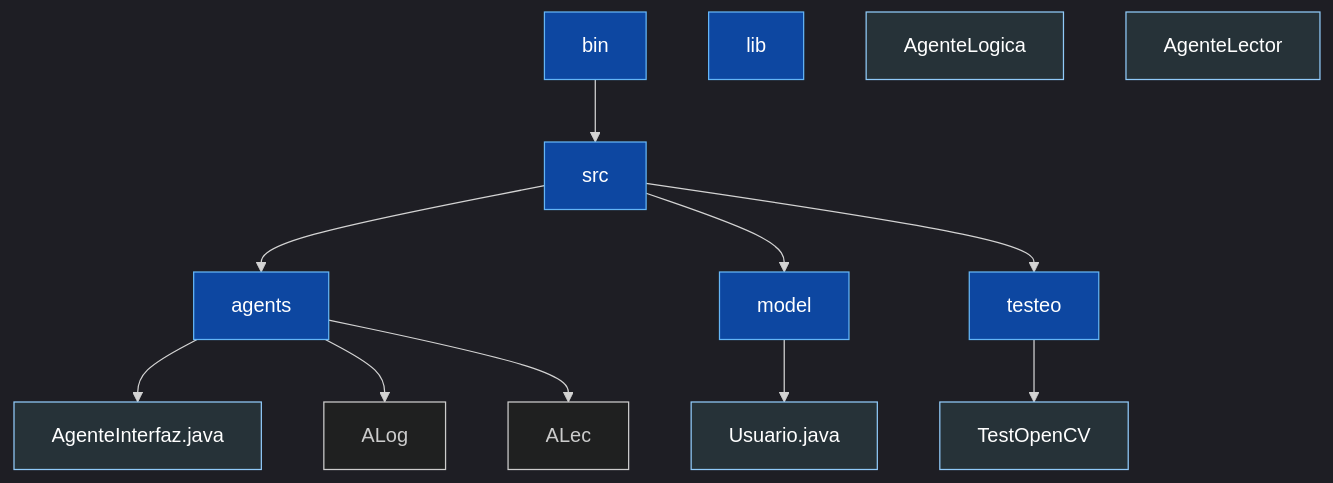
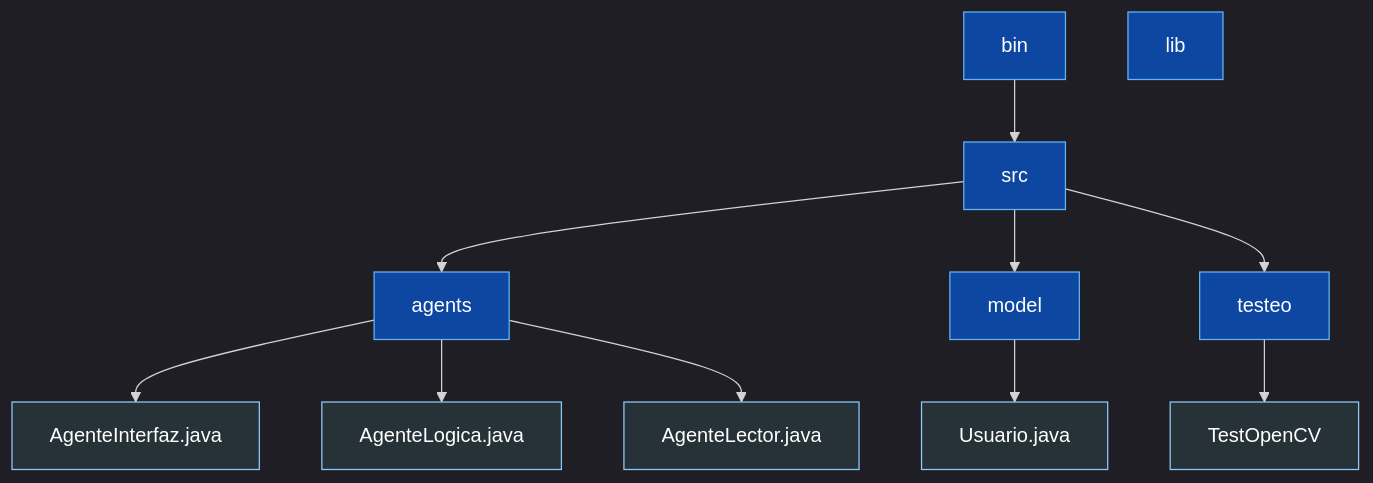
Before and after one commit to ivanadd/ssii-proyecto-upm: the diagram in README.md, drawn with Mermaid.

Commit message:
[README] Corregido fallo diagrama

````diff
--- a/README.md
+++ b/README.md
@@ -50,36 +50,36 @@
 ```mermaid
 %%{init: {'theme':'dark'}}%%
 
 graph TD
     %% Definición de estilos para los nodos
     classDef folder fill:#0d47a1,stroke:#64b5f6,stroke-width:1px,color:#ffffff;
     classDef file fill:#263238,stroke:#90caf9,stroke-width:1px,color:#ffffff;
 
     %% Nodos principales (Carpetas)
     bin[bin]:::folder
     lib[lib]:::folder
     src[src]:::folder
     agents[agents]:::folder
     model[model]:::folder
     testeo[testeo]:::folder
 
     %% Nodos específicos (Archivos)
     AI[AgenteInterfaz.java]:::file
-    AL[AgenteLogica]:::file
-    AR[AgenteLector]:::file
+    AL[AgenteLogica.java]:::file
+    AR[AgenteLector.java]:::file
     U[Usuario.java]:::file
     TO[TestOpenCV]:::file
 
     %% Relaciones de jerarquía
     bin --> src
     src --> agents
     src --> model
     src --> testeo
 
     %% Relaciones de archivos
     agents --> AI
-    agents --> ALog
-    agents --> ALec
+    agents --> AL
+    agents --> AR
     model --> U
     testeo --> TO
 ```
````
